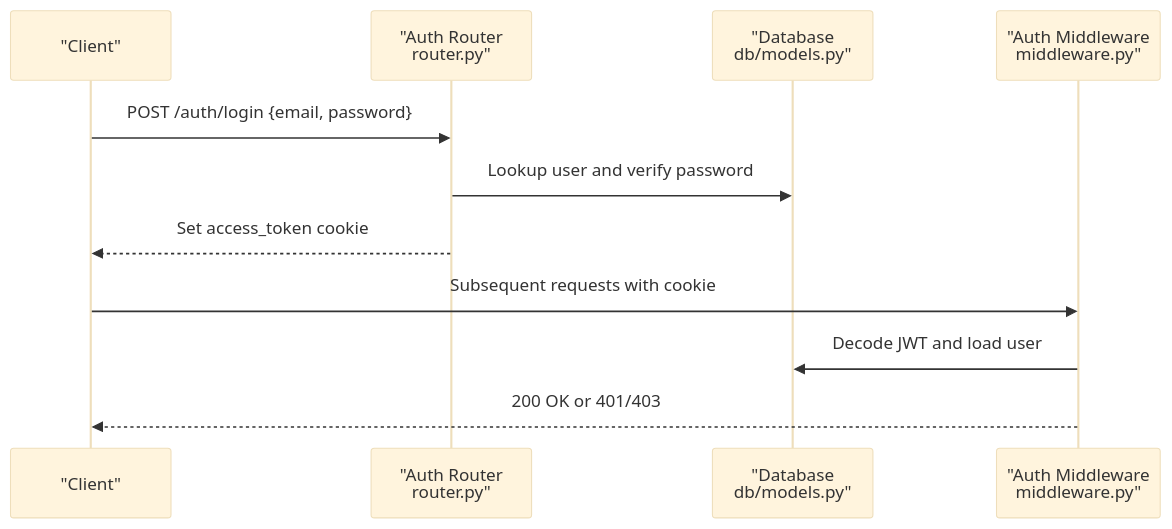
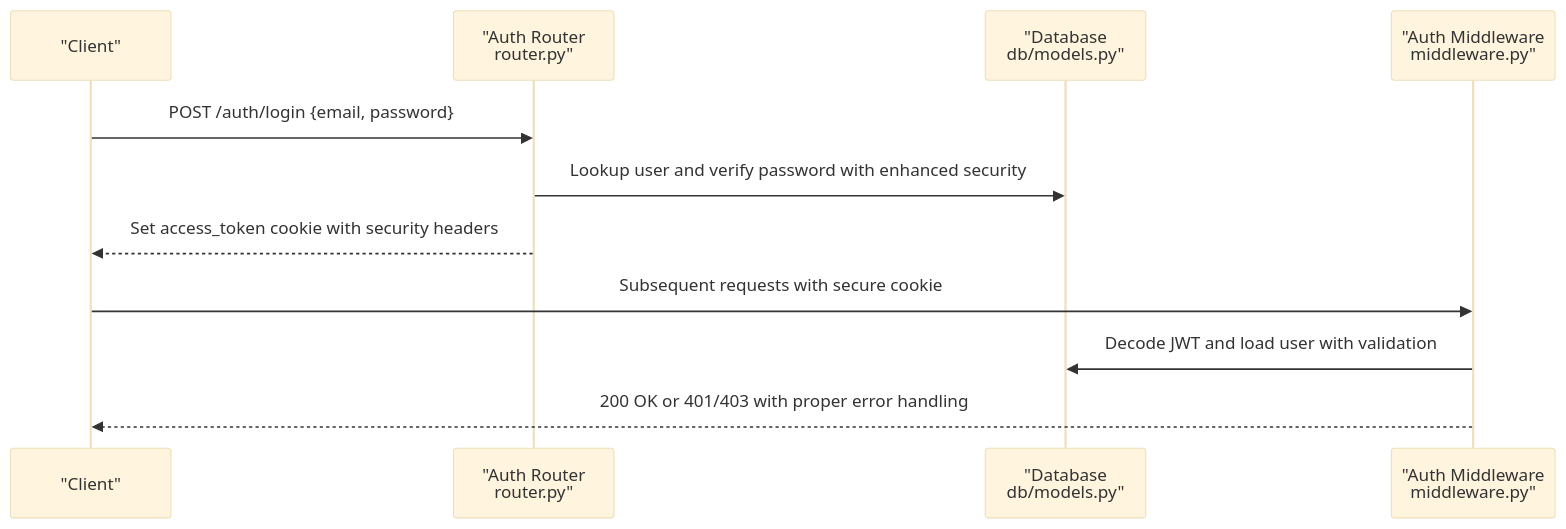
The seventh of 9 diagrams in .qoder/repowiki/en/content/Security and Compliance/Security and Compliance.md (genes8/private-ai), drawn with Mermaid (base theme) before and after one commit. The commit also changed other lines of this file and 55 other files, not shown here.

````diff
--- a/.qoder/repowiki/en/content/Security and Compliance/Security and Compliance.md
+++ b/.qoder/repowiki/en/content/Security and Compliance/Security and Compliance.md
@@ -255,13 +301,13 @@
 ```mermaid
 sequenceDiagram
 participant Client as "Client"
 participant Router as "Auth Router<br/>router.py"
 participant DB as "Database<br/>db/models.py"
 participant MW as "Auth Middleware<br/>middleware.py"
 Client->>Router : POST /auth/login {email, password}
-Router->>DB : Lookup user and verify password
-Router-->>Client : Set access_token cookie
-Client->>MW : Subsequent requests with cookie
-MW->>DB : Decode JWT and load user
-MW-->>Client : 200 OK or 401/403
+Router->>DB : Lookup user and verify password with enhanced security
+Router-->>Client : Set access_token cookie with security headers
+Client->>MW : Subsequent requests with secure cookie
+MW->>DB : Decode JWT and load user with validation
+MW-->>Client : 200 OK or 401/403 with proper error handling
 ```
````
